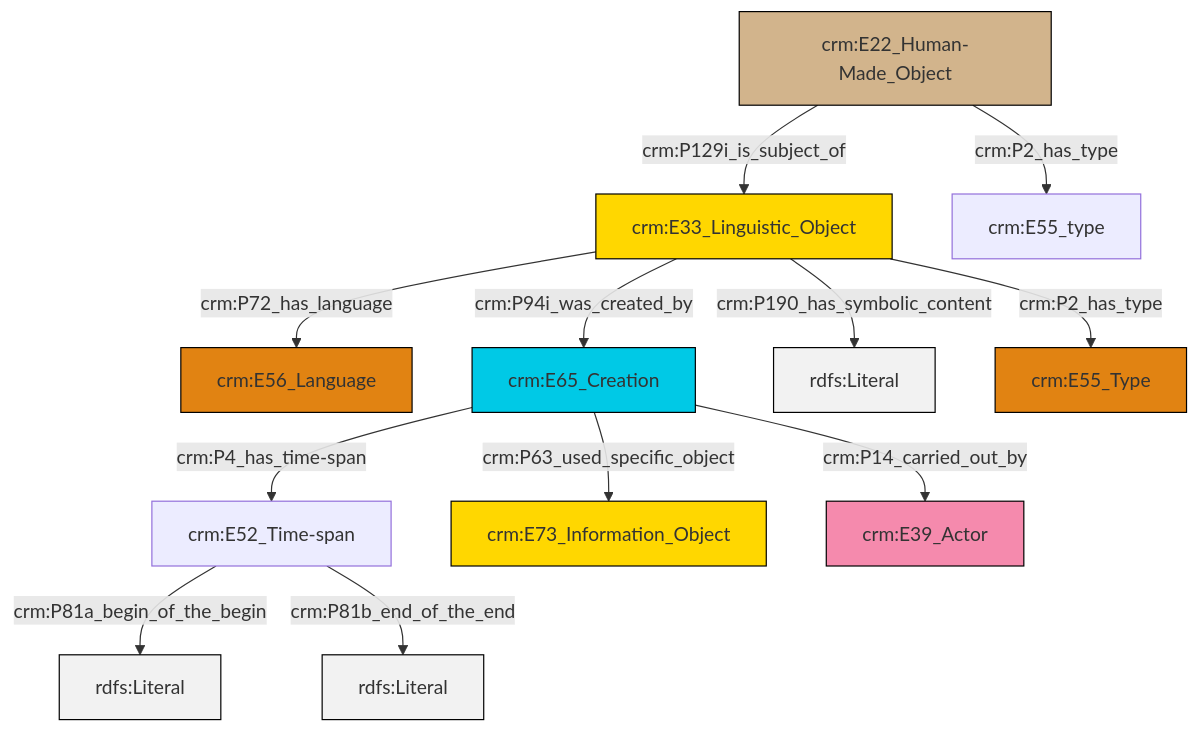
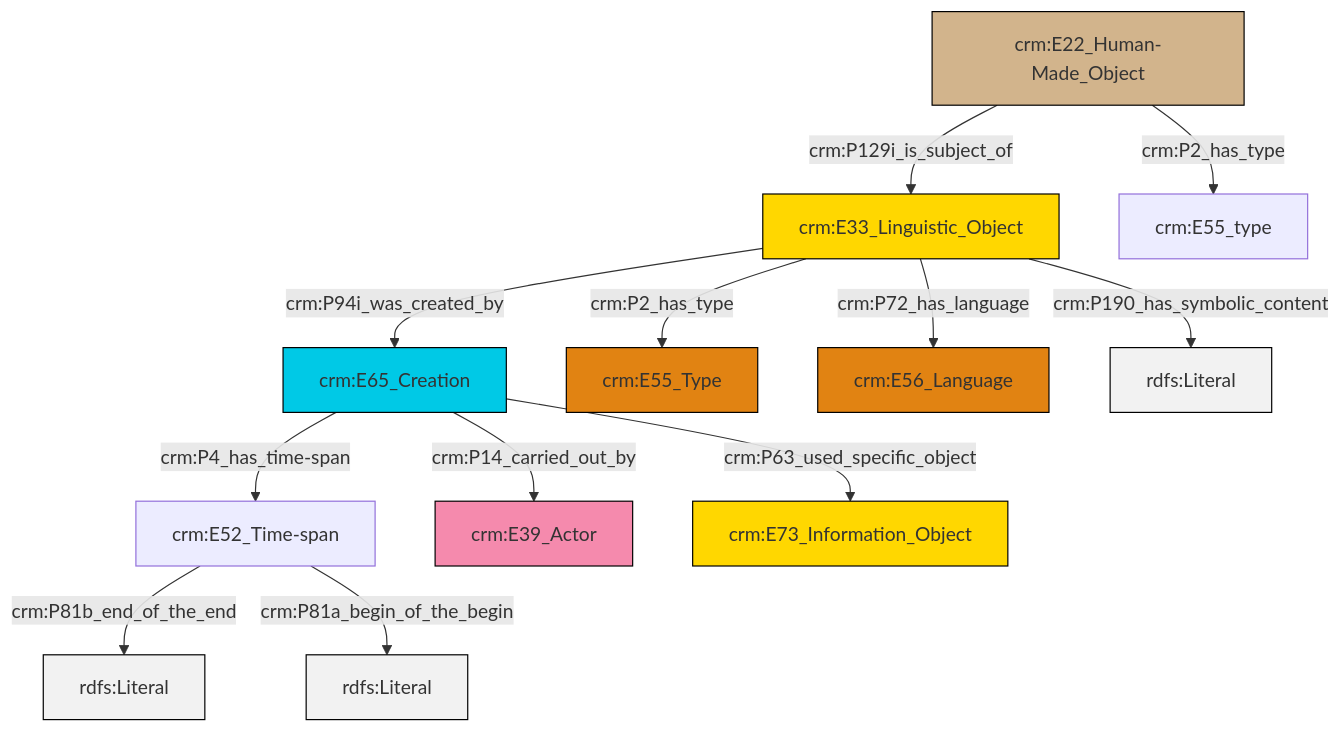
The diagram in et/builtWorkCSV/ttl/mmd/Built_Work_description.ttl.mmd (swiss-art-research-net/reference-data-models), drawn with Mermaid before and after one commit. The commit also changed 151 other files, not shown here.

```diff
--- a/et/builtWorkCSV/ttl/mmd/Built_Work_description.ttl.mmd
+++ b/et/builtWorkCSV/ttl/mmd/Built_Work_description.ttl.mmd
@@ -1,26 +1,26 @@
 graph TD
 classDef Literal fill:#f2f2f2,stroke:#000000;
 classDef CRM_Entity fill:#FFFFFF,stroke:#000000;
 classDef Temporal_Entity fill:#00C9E6, stroke:#000000;
 classDef Type fill:#E18312, stroke:#000000;
 classDef Time-Span fill:#2C9C91, stroke:#000000;
 classDef Appellation fill:#FFEB7F, stroke:#000000;
 classDef Place fill:#008836, stroke:#000000;
 classDef Persistent_Item fill:#B266B2, stroke:#000000;
 classDef Conceptual_Object fill:#FFD700, stroke:#000000;
 classDef Physical_Thing fill:#D2B48C, stroke:#000000;
 classDef Actor fill:#f58aad, stroke:#000000;
 classDef PC_Classes fill:#4ce600, stroke:#000000;
 classDef Multi fill:#cccccc,stroke:#000000;
 
-0["crm:E52_Time-span"]:::Default -->|crm:P81a_begin_of_the_begin| 1[rdfs:Literal]:::Literal
-2["crm:E33_Linguistic_Object"]:::Conceptual_Object -->|crm:P72_has_language| 3["crm:E56_Language"]:::Type
-2["crm:E33_Linguistic_Object"]:::Conceptual_Object -->|crm:P94i_was_created_by| 4["crm:E65_Creation"]:::Temporal_Entity
-4["crm:E65_Creation"]:::Temporal_Entity -->|crm:P63_used_specific_object| 6["crm:E73_Information_Object"]:::Conceptual_Object
-2["crm:E33_Linguistic_Object"]:::Conceptual_Object -->|crm:P190_has_symbolic_content| 9[rdfs:Literal]:::Literal
-4["crm:E65_Creation"]:::Temporal_Entity -->|crm:P14_carried_out_by| 11["crm:E39_Actor"]:::Actor
-2["crm:E33_Linguistic_Object"]:::Conceptual_Object -->|crm:P2_has_type| 12["crm:E55_Type"]:::Type
-17["crm:E22_Human-Made_Object"]:::Physical_Thing -->|crm:P129i_is_subject_of| 2["crm:E33_Linguistic_Object"]:::Conceptual_Object
-0["crm:E52_Time-span"]:::Default -->|crm:P81b_end_of_the_end| 18[rdfs:Literal]:::Literal
-17["crm:E22_Human-Made_Object"]:::Physical_Thing -->|crm:P2_has_type| 15["crm:E55_type"]:::Default
-4["crm:E65_Creation"]:::Temporal_Entity -->|crm:P4_has_time-span| 0["crm:E52_Time-span"]:::Default
+6["crm:E65_Creation"]:::Temporal_Entity -->|crm:P4_has_time-span| 0["crm:E52_Time-span"]:::Default
+0["crm:E52_Time-span"]:::Default -->|crm:P81b_end_of_the_end| 7[rdfs:Literal]:::Literal
+8["crm:E33_Linguistic_Object"]:::Conceptual_Object -->|crm:P94i_was_created_by| 6["crm:E65_Creation"]:::Temporal_Entity
+4["crm:E22_Human-Made_Object"]:::Physical_Thing -->|crm:P129i_is_subject_of| 8["crm:E33_Linguistic_Object"]:::Conceptual_Object
+8["crm:E33_Linguistic_Object"]:::Conceptual_Object -->|crm:P2_has_type| 9["crm:E55_Type"]:::Type
+8["crm:E33_Linguistic_Object"]:::Conceptual_Object -->|crm:P72_has_language| 10["crm:E56_Language"]:::Type
+8["crm:E33_Linguistic_Object"]:::Conceptual_Object -->|crm:P190_has_symbolic_content| 11[rdfs:Literal]:::Literal
+0["crm:E52_Time-span"]:::Default -->|crm:P81a_begin_of_the_begin| 16[rdfs:Literal]:::Literal
+4["crm:E22_Human-Made_Object"]:::Physical_Thing -->|crm:P2_has_type| 12["crm:E55_type"]:::Default
+6["crm:E65_Creation"]:::Temporal_Entity -->|crm:P14_carried_out_by| 2["crm:E39_Actor"]:::Actor
+6["crm:E65_Creation"]:::Temporal_Entity -->|crm:P63_used_specific_object| 18["crm:E73_Information_Object"]:::Conceptual_Object
```
